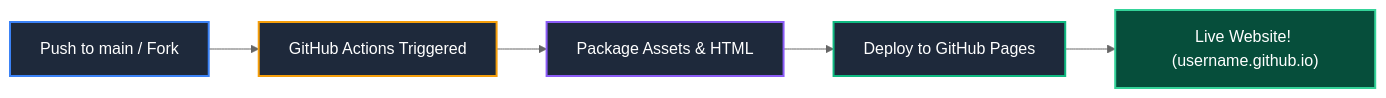
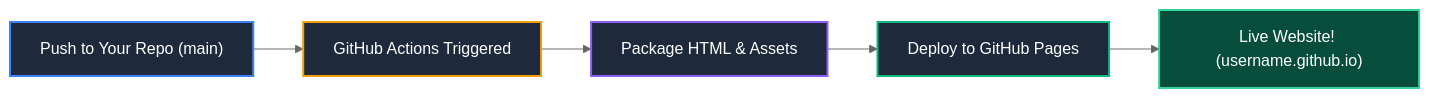
Before and after one commit to THE-DEDUCTER/GitPortfolio: the diagram in STEPS.md, drawn with Mermaid (neutral theme). The commit also changed other lines of this file and 3 other files, not shown here.

````diff
--- a/STEPS.md
+++ b/STEPS.md
@@ -15,12 +90,12 @@
 ```mermaid
 graph LR
-    A[Push to main / Fork] --> B[GitHub Actions Triggered]
-    B --> C[Package Assets & HTML]
-    C --> D[Deploy to GitHub Pages]
+    A["Push to Your Repo (main)"] --> B["GitHub Actions Triggered"]
+    B --> C["Package HTML & Assets"]
+    C --> D["Deploy to GitHub Pages"]
     D --> E["Live Website! (username.github.io)"]
     style A fill:#1e293b,stroke:#3b82f6,stroke-width:2px,color:#fff
     style B fill:#1e293b,stroke:#f59e0b,stroke-width:2px,color:#fff
     style C fill:#1e293b,stroke:#8b5cf6,stroke-width:2px,color:#fff
     style D fill:#1e293b,stroke:#10b981,stroke-width:2px,color:#fff
     style E fill:#064e3b,stroke:#34d399,stroke-width:2px,color:#fff
 ```
````
